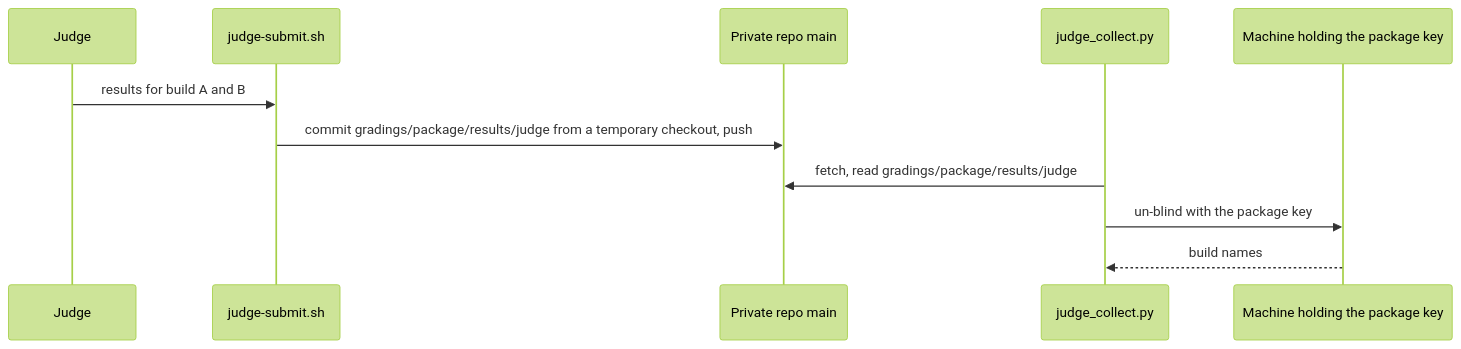
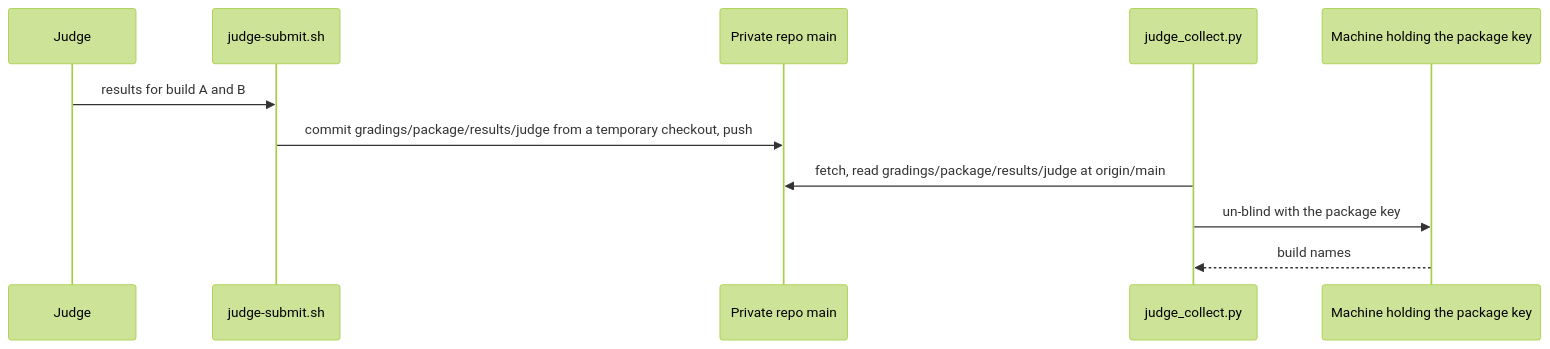
Before and after one commit to boxabirds/awesome-local-ai: the eighth of 9 diagrams in docs/dataflow.md, drawn with Mermaid (forest theme). The commit also changed other lines of this file and 5 other files, not shown here.

````diff
--- a/docs/dataflow.md
+++ b/docs/dataflow.md
@@ -352,13 +454,13 @@
 ```mermaid
 sequenceDiagram
   participant J as Judge
   participant S as judge-submit.sh
   participant PRIV as Private repo main
   participant C as judge_collect.py
   participant K as Machine holding the package key
   J->>S: results for build A and B
   S->>PRIV: commit gradings/package/results/judge from a temporary checkout, push
-  C->>PRIV: fetch, read gradings/package/results/judge
+  C->>PRIV: fetch, read gradings/package/results/judge at origin/main
   C->>K: un-blind with the package key
   K-->>C: build names
 ```
````
